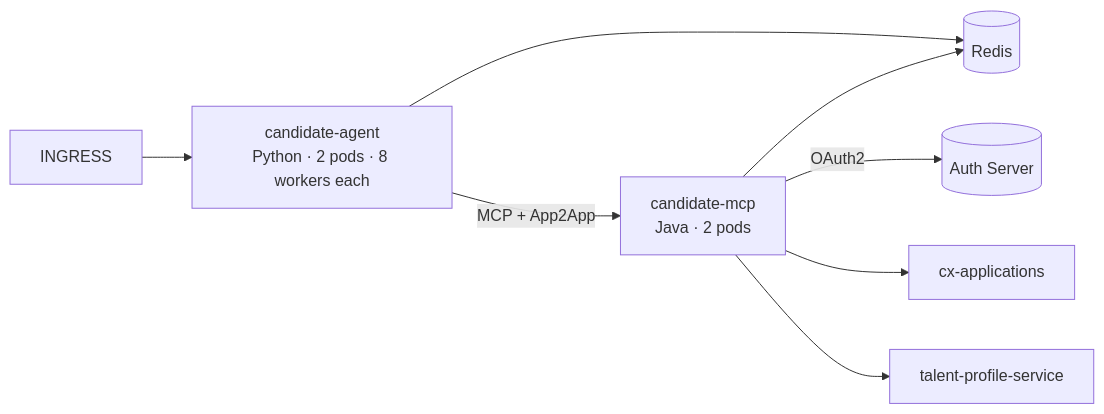
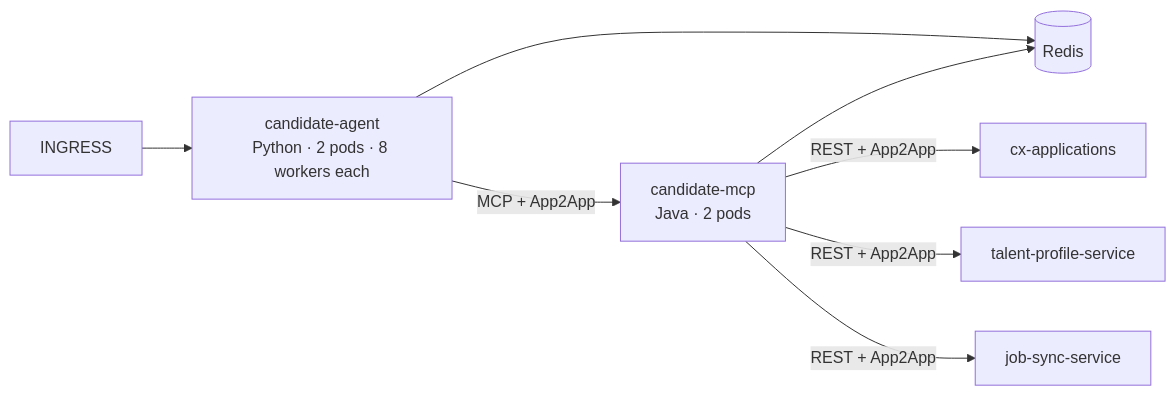
The fourth of 4 diagrams in docs/post-apply-assistant-lld-v2.md (venkat-raman17/candidate-agent), drawn with Mermaid before and after one commit. The commit also changed other lines of this file and 1 other file, not shown here.

````diff
--- a/docs/post-apply-assistant-lld-v2.md
+++ b/docs/post-apply-assistant-lld-v2.md
@@ -246,8 +248,7 @@
 ```mermaid
 flowchart LR
     INGRESS --> AGT["candidate-agent\nPython · 2 pods · 8 workers each"]
     AGT -->|"MCP + App2App"| CMCP["candidate-mcp\nJava · 2 pods"]
     AGT & CMCP --> REDIS[("Redis")]
-    CMCP -->|"OAuth2"| AUTH[("Auth Server")]
-    CMCP --> CXA["cx-applications"] & TPS["talent-profile-service"]
+    CMCP -->|"REST + App2App"| CXA["cx-applications"] & TPS["talent-profile-service"] & JSS["job-sync-service"]
 ```
````
